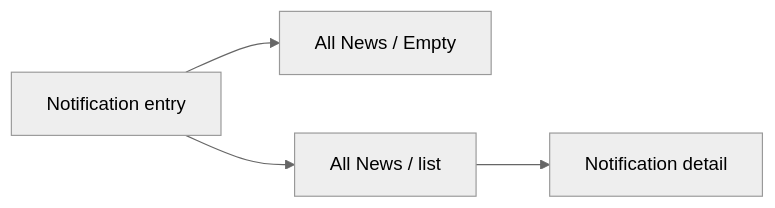
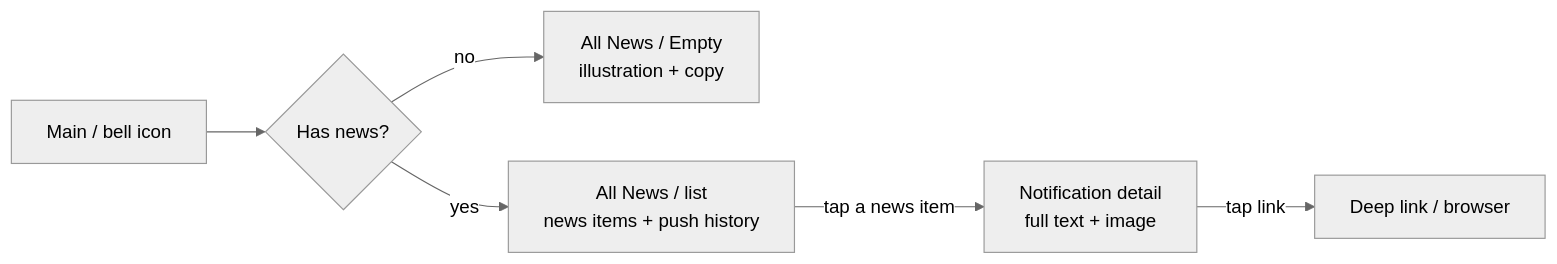
One commit to SardorAllaberganov/UI-Projects changed the third of 7 diagrams in Unired/User_flows/09_Information_Engagement.md. Above: the diagram before and after it, drawn with Mermaid (neutral theme). The commit also changed other lines of this file and 10 other files, not shown here.

First line of the commit message:
Expand Unired user-flow docs with detailed steps

````diff
--- a/Unired/User_flows/09_Information_Engagement.md
+++ b/Unired/User_flows/09_Information_Engagement.md
@@ -104,6 +146,8 @@
 ```mermaid
 flowchart LR
-    Entry[Notification entry] --> Empty[All News / Empty]
-    Entry --> List[All News / list]
-    List --> Detail[Notification detail]
+    Entry[Main / bell icon] --> Has{Has news?}
+    Has -->|no| Empty[All News / Empty<br/>illustration + copy]
+    Has -->|yes| List[All News / list<br/>news items + push history]
+    List -->|tap a news item| Detail[Notification detail<br/>full text + image]
+    Detail -->|tap link| Ext[Deep link / browser]
 ```
````
